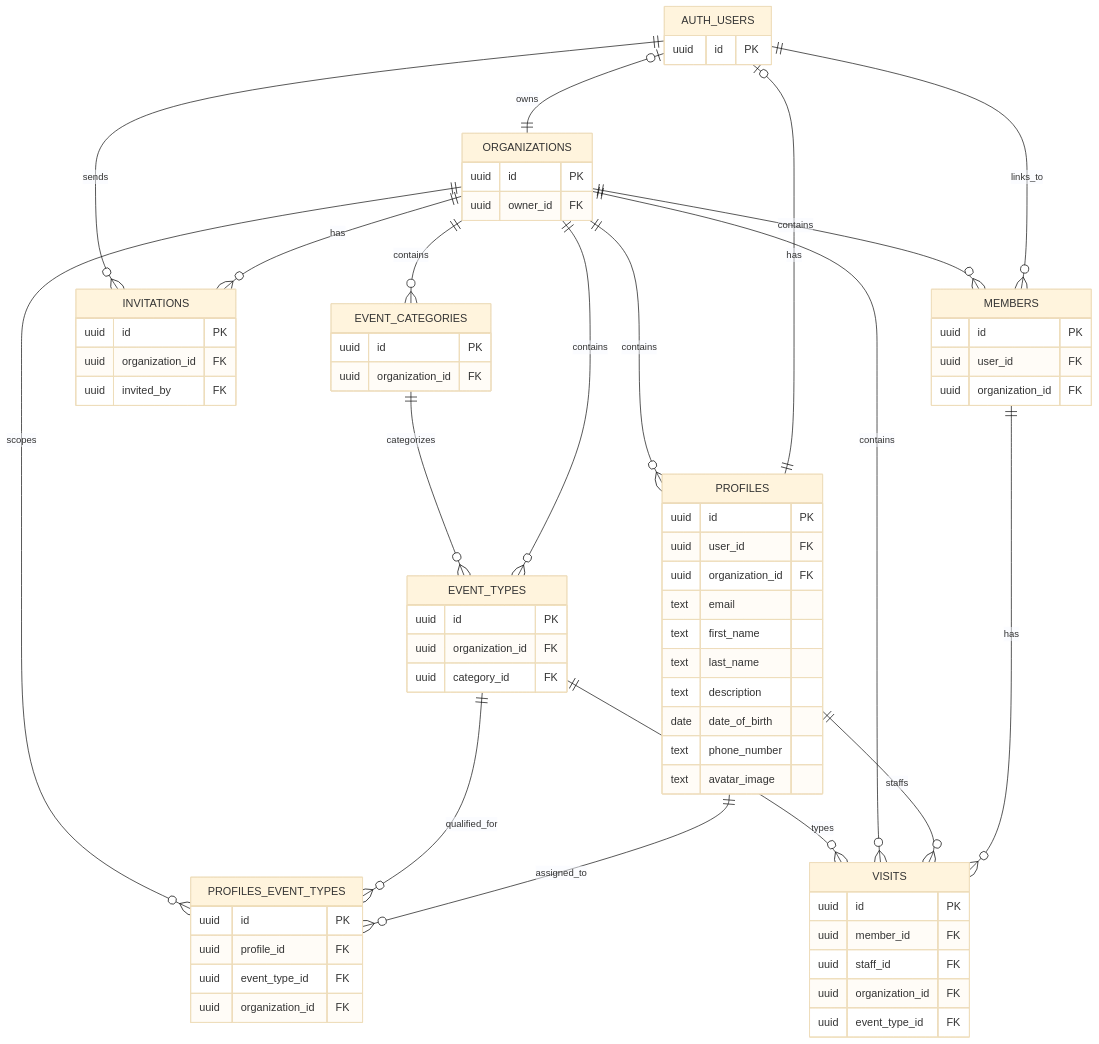
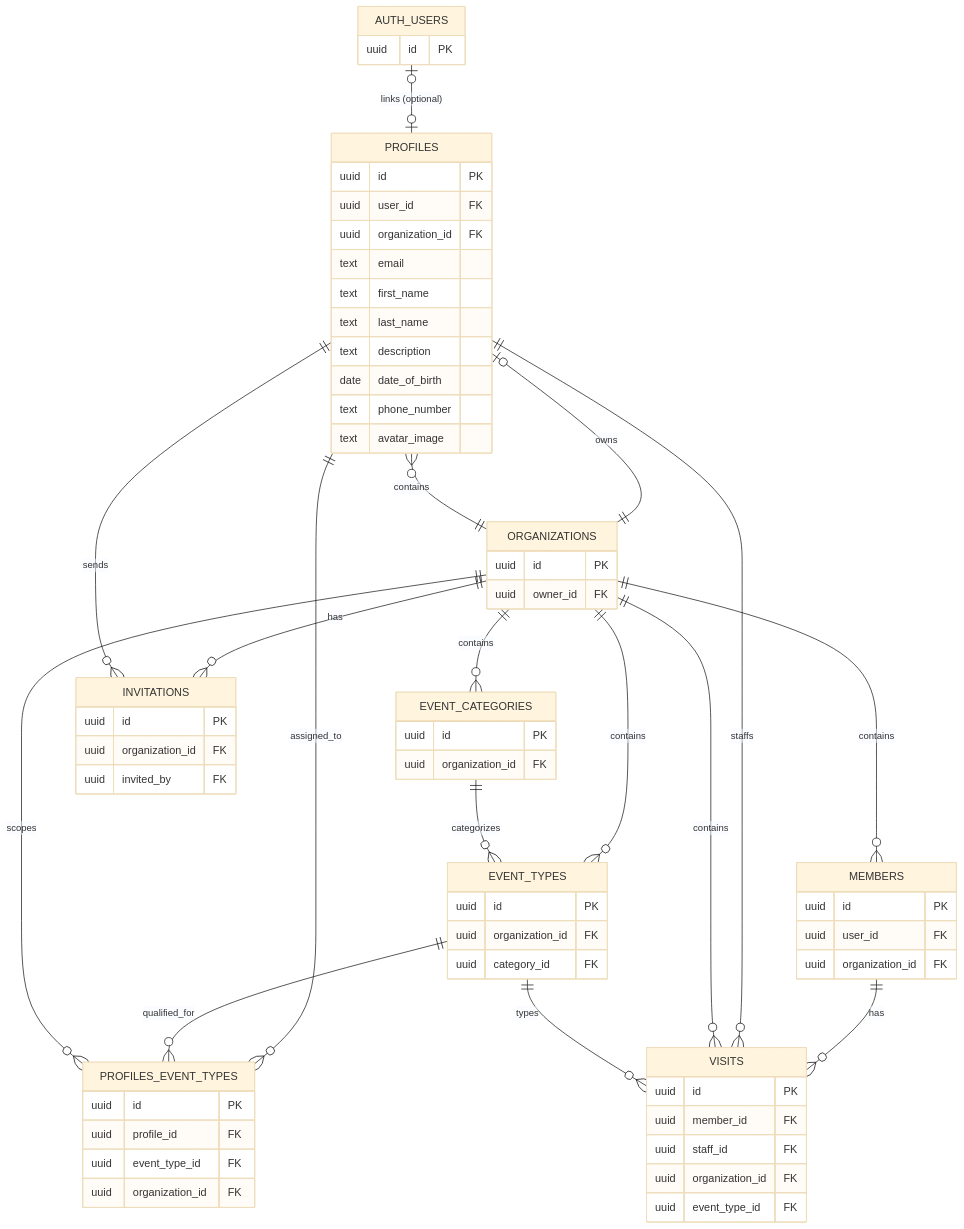
One commit to proginmind/wellness-manage changed the diagram in README.md. Above: the diagram before and after it, drawn with Mermaid (base theme). The commit also changed other lines of this file and 9 other files, not shown here.

Commit message:
refactor: minimize auth.users references

````diff
--- a/README.md
+++ b/README.md
@@ -113,72 +113,71 @@
 ```mermaid
 erDiagram
   AUTH_USERS {
     uuid id PK
   }
   ORGANIZATIONS {
     uuid id PK
     uuid owner_id FK
   }
   EVENT_CATEGORIES {
     uuid id PK
     uuid organization_id FK
   }
   EVENT_TYPES {
     uuid id PK
     uuid organization_id FK
     uuid category_id FK
   }
   INVITATIONS {
     uuid id PK
     uuid organization_id FK
     uuid invited_by FK
   }
   MEMBERS {
     uuid id PK
     uuid user_id FK
     uuid organization_id FK
   }
   PROFILES {
     uuid id PK
     uuid user_id FK
     uuid organization_id FK
     text email
     text first_name
     text last_name
     text description
     date date_of_birth
     text phone_number
     text avatar_image
   }
   PROFILES_EVENT_TYPES {
     uuid id PK
     uuid profile_id FK
     uuid event_type_id FK
     uuid organization_id FK
   }
   VISITS {
     uuid id PK
     uuid member_id FK
     uuid staff_id FK
     uuid organization_id FK
     uuid event_type_id FK
   }
 
-  AUTH_USERS o|--|| ORGANIZATIONS : owns
+  AUTH_USERS o|--o| PROFILES : "links (optional)"
+  PROFILES o|--|| ORGANIZATIONS : owns
+  ORGANIZATIONS ||--o{ PROFILES : contains
   ORGANIZATIONS ||--o{ EVENT_CATEGORIES : contains
   ORGANIZATIONS ||--o{ EVENT_TYPES : contains
   EVENT_CATEGORIES ||--o{ EVENT_TYPES : categorizes
   ORGANIZATIONS ||--o{ INVITATIONS : has
-  AUTH_USERS ||--o{ INVITATIONS : sends
-  AUTH_USERS ||--o{ MEMBERS : links_to
+  PROFILES ||--o{ INVITATIONS : sends
   ORGANIZATIONS ||--o{ MEMBERS : contains
-  AUTH_USERS o|--|| PROFILES : has
-  ORGANIZATIONS ||--o{ PROFILES : contains
   PROFILES ||--o{ PROFILES_EVENT_TYPES : assigned_to
   EVENT_TYPES ||--o{ PROFILES_EVENT_TYPES : qualified_for
   ORGANIZATIONS ||--o{ PROFILES_EVENT_TYPES : scopes
   MEMBERS ||--o{ VISITS : has
   PROFILES ||--o{ VISITS : staffs
   ORGANIZATIONS ||--o{ VISITS : contains
   EVENT_TYPES ||--o{ VISITS : types
 ```
````
